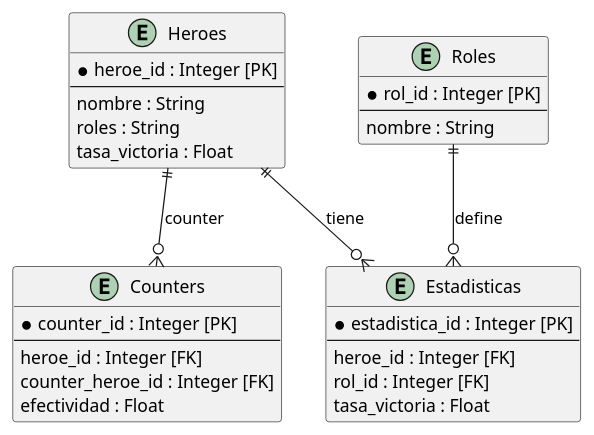
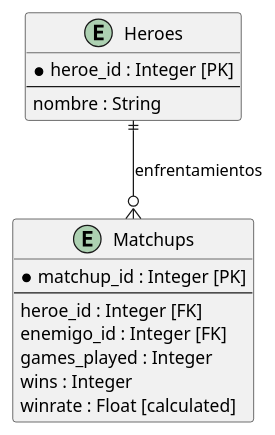
Before and after one commit to MOV-2024-B-SW-GR2/2024b-mov-sw-gr2-sanchez-maldonado-sebastian-alejandro: the diagram in 03-Proyecto1B/Diagrama.puml, drawn with PlantUML. The commit also changed 4 other files, not shown here.

```diff
--- a/03-Proyecto1B/Diagrama.puml
+++ b/03-Proyecto1B/Diagrama.puml
@@ -1,35 +1,19 @@
 @startuml
 entity "Heroes" {
     * heroe_id : Integer [PK]
     --
     nombre : String
-    roles : String
-    tasa_victoria : Float
 }
 
-entity "Counters" {
-    * counter_id : Integer [PK]
+entity "Matchups" {
+    * matchup_id : Integer [PK]
     --
     heroe_id : Integer [FK]
-    counter_heroe_id : Integer [FK]
-    efectividad : Float
+    enemigo_id : Integer [FK]
+    games_played : Integer
+    wins : Integer
+    winrate : Float [calculated]
 }
 
-entity "Roles" {
-    * rol_id : Integer [PK]
-    --
-    nombre : String
-}
-
-entity "Estadisticas" {
-    * estadistica_id : Integer [PK]
-    --
-    heroe_id : Integer [FK]
-    rol_id : Integer [FK]
-    tasa_victoria : Float
-}
-
-Heroes ||--o{ "Counters" : counter
-Roles ||--o{ "Estadisticas" : define
-Heroes ||--o{ "Estadisticas" : tiene
+Heroes ||--o{ "Matchups" : enfrentamientos
 @enduml
```
